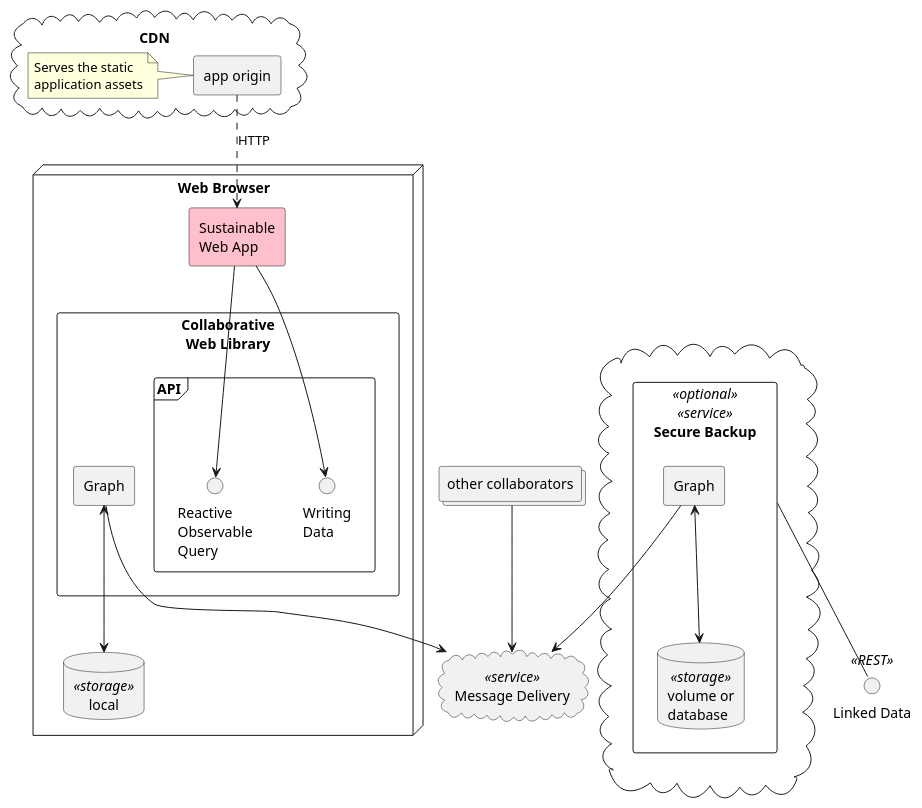
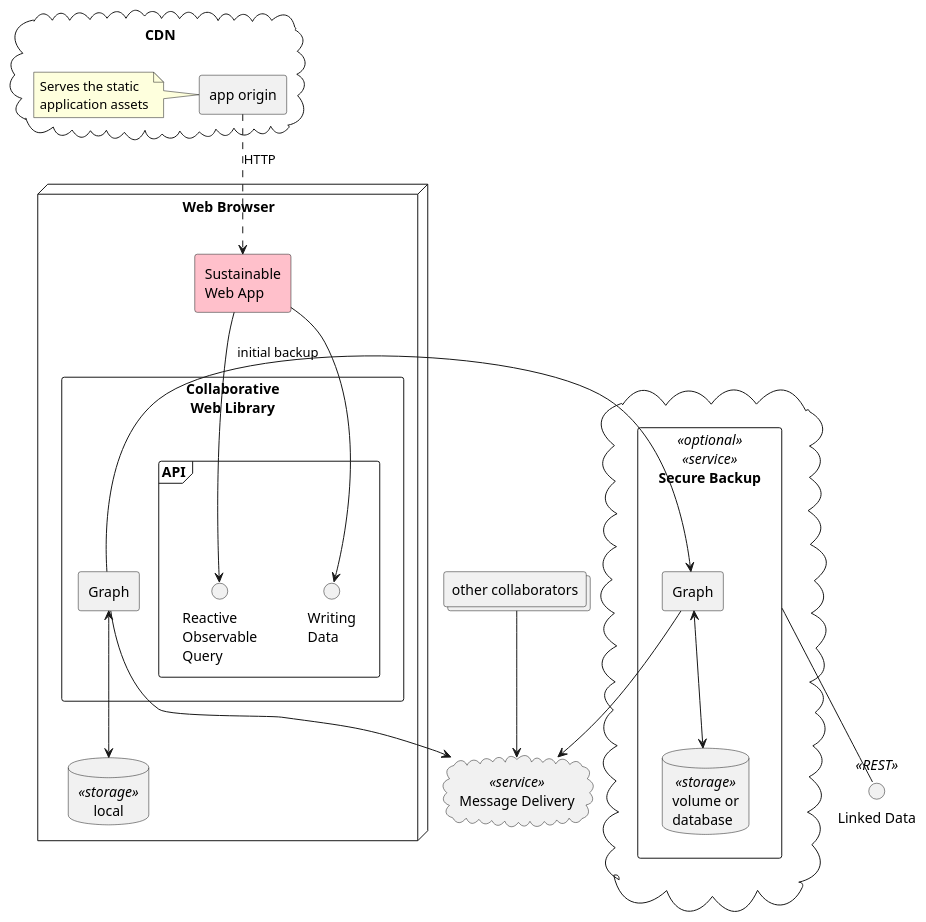
The diagram in spec/design/architecture.component.puml (m-ld/sustainable-web-apps), drawn with PlantUML before and after one commit. The commit also changed 9 other files, not shown here.

Commit message:
m-ld/sustainable-web-apps#7: Expanded security section based on analysis and implementation, and split out from architecture

```diff
--- a/spec/design/architecture.component.puml
+++ b/spec/design/architecture.component.puml
@@ -1,52 +1,54 @@
 @startuml
 'https://plantuml.com/component-diagram
 skinparam componentStyle rectangle
 
 node "Web Browser" {
   component "Sustainable\nWeb App" as app #pink
   component "Collaborative\nWeb Library" as cwl {
     [Graph]
     frame API {
       interface "Reactive\nObservable\nQuery" as query
       interface "Writing\nData" as data
     }
   }
 
   database local <<storage>>
 
   Graph <--> local
 
   app --> query
   app --> data
 }
 
 cloud CDN {
   [app origin] as origin
   note left
     Serves the static
     application assets
   end note
 }
 
 cloud "Message Delivery" as messaging <<service>>
 
 interface "Linked Data" as dapi <<REST>>
 
 cloud {
   component "Secure Backup" as backup <<optional>> <<service>> {
     component "Graph" as gwGraph
     database "volume or\ndatabase" <<storage>> as gwDb
     gwGraph <--> gwDb
   }
   backup -- dapi
 }
 
 collections "other collaborators" as others
 
 Graph --> messaging
 gwGraph --> messaging
 others --> messaging
 
+Graph -> gwGraph : initial backup
+
 origin ..> app: HTTP
 
 @enduml
```
